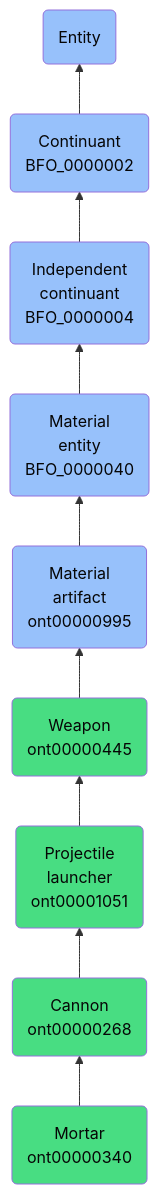
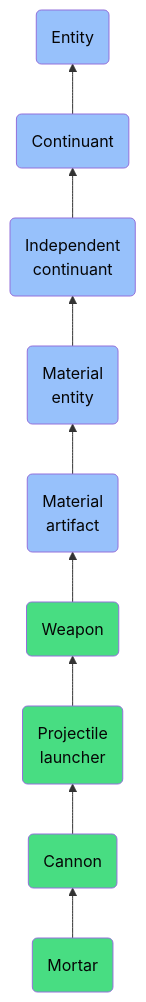
The diagram in docs/ontology/reference/model/Entity/Continuant/Independent continuant/Material entity/Material artifact/Weapon/Projectile launcher/Cannon/Mortar/Mortar.md (jupyter-naas/abi), drawn with Mermaid before and after one commit. The commit also changed other lines of this file and 1430 other files, not shown here.

````diff
--- a/docs/ontology/reference/model/Entity/Continuant/Independent continuant/Material entity/Material artifact/Weapon/Projectile launcher/Cannon/Mortar/Mortar.md
+++ b/docs/ontology/reference/model/Entity/Continuant/Independent continuant/Material entity/Material artifact/Weapon/Projectile launcher/Cannon/Mortar/Mortar.md
@@ -24,16 +24,16 @@
 ```mermaid
 graph BT
-    ont00000340(Mortar<br>ont00000340):::ABI-->ont00000268
-    ont00000268(Cannon<br>ont00000268):::ABI-->ont00001051
-    ont00001051(Projectile<br>launcher<br>ont00001051):::ABI-->ont00000445
-    ont00000445(Weapon<br>ont00000445):::ABI-->ont00000995
-    ont00000995(Material<br>artifact<br>ont00000995):::BFO-->BFO_0000040
-    BFO_0000040(Material<br>entity<br>BFO_0000040):::BFO-->BFO_0000004
-    BFO_0000004(Independent<br>continuant<br>BFO_0000004):::BFO-->BFO_0000002
-    BFO_0000002(Continuant<br>BFO_0000002):::BFO-->BFO_0000001
+    ont00000340(Mortar):::ABI-->ont00000268
+    ont00000268(Cannon):::ABI-->ont00001051
+    ont00001051(Projectile<br>launcher):::ABI-->ont00000445
+    ont00000445(Weapon):::ABI-->ont00000995
+    ont00000995(Material<br>artifact):::BFO-->BFO_0000040
+    BFO_0000040(Material<br>entity):::BFO-->BFO_0000004
+    BFO_0000004(Independent<br>continuant):::BFO-->BFO_0000002
+    BFO_0000002(Continuant):::BFO-->BFO_0000001
     BFO_0000001(Entity):::BFO
     
     classDef BFO fill:#97c1fb,color:#060606
     classDef CCO fill:#e4c51e,color:#060606
     classDef ABI fill:#48DD82,color:#060606
 ```
````
